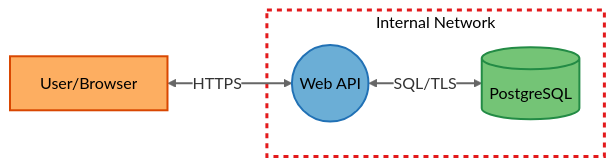
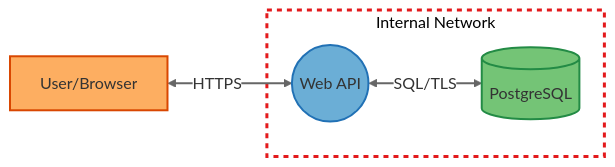
One commit to MarieLynneBlock/arcanum-artifex changed the first of 5 diagrams in skills/security/threat-model-analyst/references/diagram-conventions.md. Above: the diagram before and after it, drawn with Mermaid. The commit also changed other lines of this file and 1067 other files, not shown here.

````diff
--- a/skills/security/threat-model-analyst/references/diagram-conventions.md
+++ b/skills/security/threat-model-analyst/references/diagram-conventions.md
@@ -211,20 +211,20 @@
 ```mermaid
 %%{init: {'theme': 'base', 'themeVariables': { 'background': '#ffffff', 'primaryColor': '#ffffff', 'lineColor': '#666666' }}}%%
 flowchart LR
-    classDef process fill:#6baed6,stroke:#2171b5,stroke-width:2px,color:#000000
-    classDef external fill:#fdae61,stroke:#d94701,stroke-width:2px,color:#000000
-    classDef datastore fill:#74c476,stroke:#238b45,stroke-width:2px,color:#000000
+    classDef process fill:#6baed6,stroke:#2171b5,stroke-width:2px,colour:#000000
+    classDef external fill:#fdae61,stroke:#d94701,stroke-width:2px,colour:#000000
+    classDef datastore fill:#74c476,stroke:#238b45,stroke-width:2px,colour:#000000
     linkStyle default stroke:#666666,stroke-width:2px
 
     User["User/Browser"]:::external
 
     subgraph Internal["Internal Network"]
         WebApi(("Web API")):::process
         Database[("PostgreSQL")]:::datastore
     end
 
     User <-->|"HTTPS"| WebApi
     WebApi <-->|"SQL/TLS"| Database
 
     style Internal fill:none,stroke:#e31a1c,stroke-width:3px,stroke-dasharray: 5 5
 ```
````
